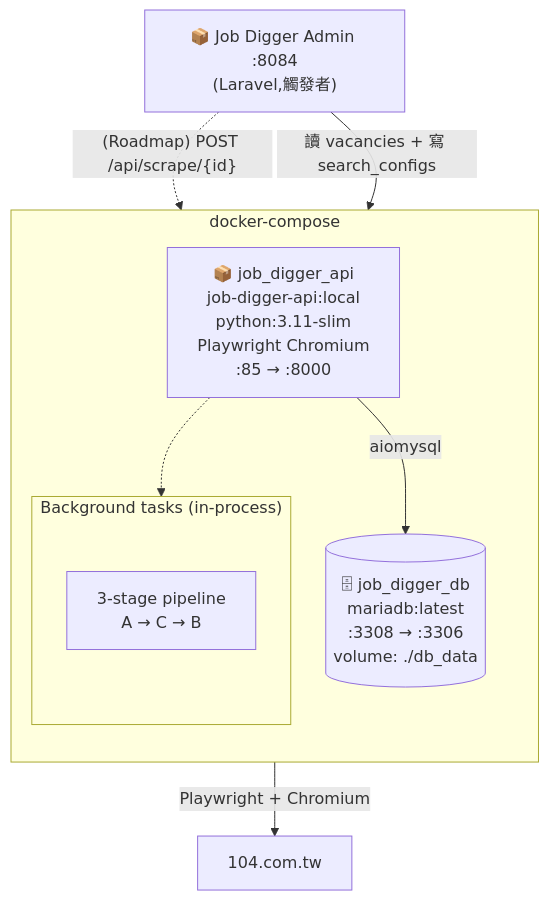
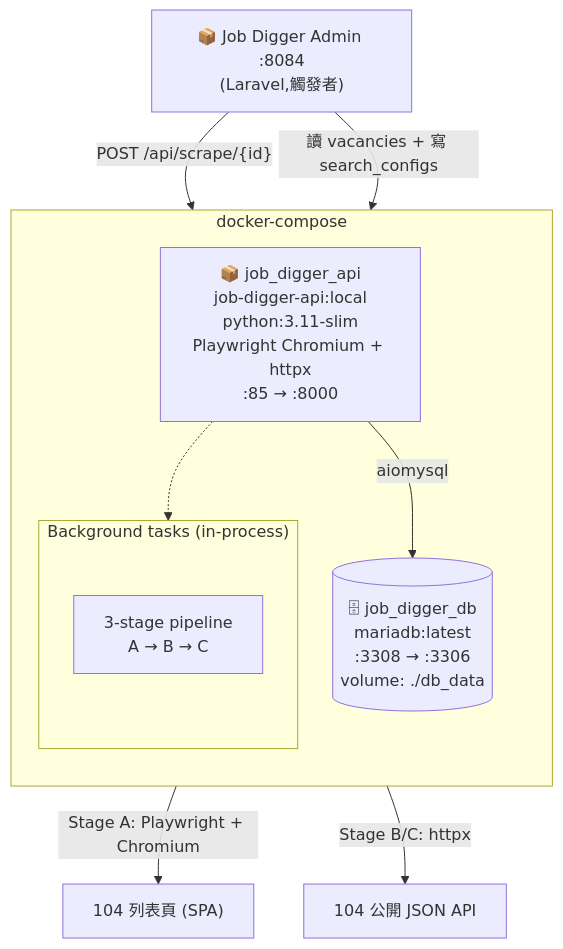
Before and after one commit to jacky0996/job_digger: the first of 4 diagrams in docs/architecture.md, drawn with Mermaid. The commit also changed other lines of this file and 14 other files, not shown here.

````diff
--- a/docs/architecture.md
+++ b/docs/architecture.md
@@ -19,26 +19,28 @@
 ```mermaid
 flowchart TB
     admin["📦 Job Digger Admin :8084<br/>(Laravel,觸發者)"]
 
     subgraph compose["docker-compose"]
         direction TB
 
-        api_box["📦 job_digger_api<br/>job-digger-api:local<br/>python:3.11-slim<br/>Playwright Chromium<br/>:85 → :8000"]
+        api_box["📦 job_digger_api<br/>job-digger-api:local<br/>python:3.11-slim<br/>Playwright Chromium + httpx<br/>:85 → :8000"]
 
         subgraph background["Background tasks (in-process)"]
-            pipeline["3-stage pipeline<br/>A → C → B"]
+            pipeline["3-stage pipeline<br/>A → B → C"]
         end
 
         api_box -.-> background
 
         db[("🗄 job_digger_db<br/>mariadb:latest<br/>:3308 → :3306<br/>volume: ./db_data")]
 
         api_box -- "aiomysql" --> db
     end
 
-    site104["104.com.tw"]
-    pipeline -- "Playwright + Chromium" --> site104
+    site104_page["104 列表頁 (SPA)"]
+    site104_api["104 公開 JSON API"]
+    pipeline -- "Stage A: Playwright + Chromium" --> site104_page
+    pipeline -- "Stage B/C: httpx" --> site104_api
 
-    admin -. "(Roadmap) POST /api/scrape/{id}" .-> api_box
+    admin -- "POST /api/scrape/{id}" --> api_box
     admin -- "讀 vacancies + 寫 search_configs" --> db
 ```
````
